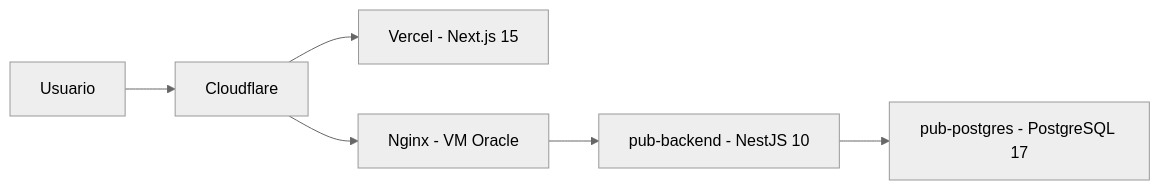
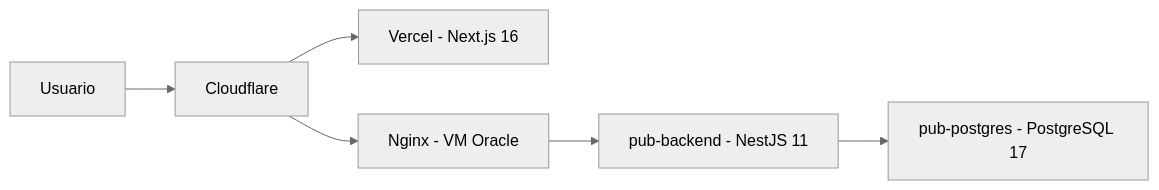
One commit to Hopereira/pub-system changed the diagram in README.md. Above: the diagram before and after it, drawn with Mermaid (neutral theme). The commit also changed other lines of this file and 4 other files, not shown here.

````diff
--- a/README.md
+++ b/README.md
@@ -7,8 +7,8 @@
 ```mermaid
 graph LR
     USER[Usuario] --> CF[Cloudflare]
-    CF --> VERCEL[Vercel - Next.js 15]
+    CF --> VERCEL[Vercel - Next.js 16]
     CF --> NGINX[Nginx - VM Oracle]
-    NGINX --> BACKEND[pub-backend - NestJS 10]
+    NGINX --> BACKEND[pub-backend - NestJS 11]
     BACKEND --> DB[pub-postgres - PostgreSQL 17]
 ```
````
